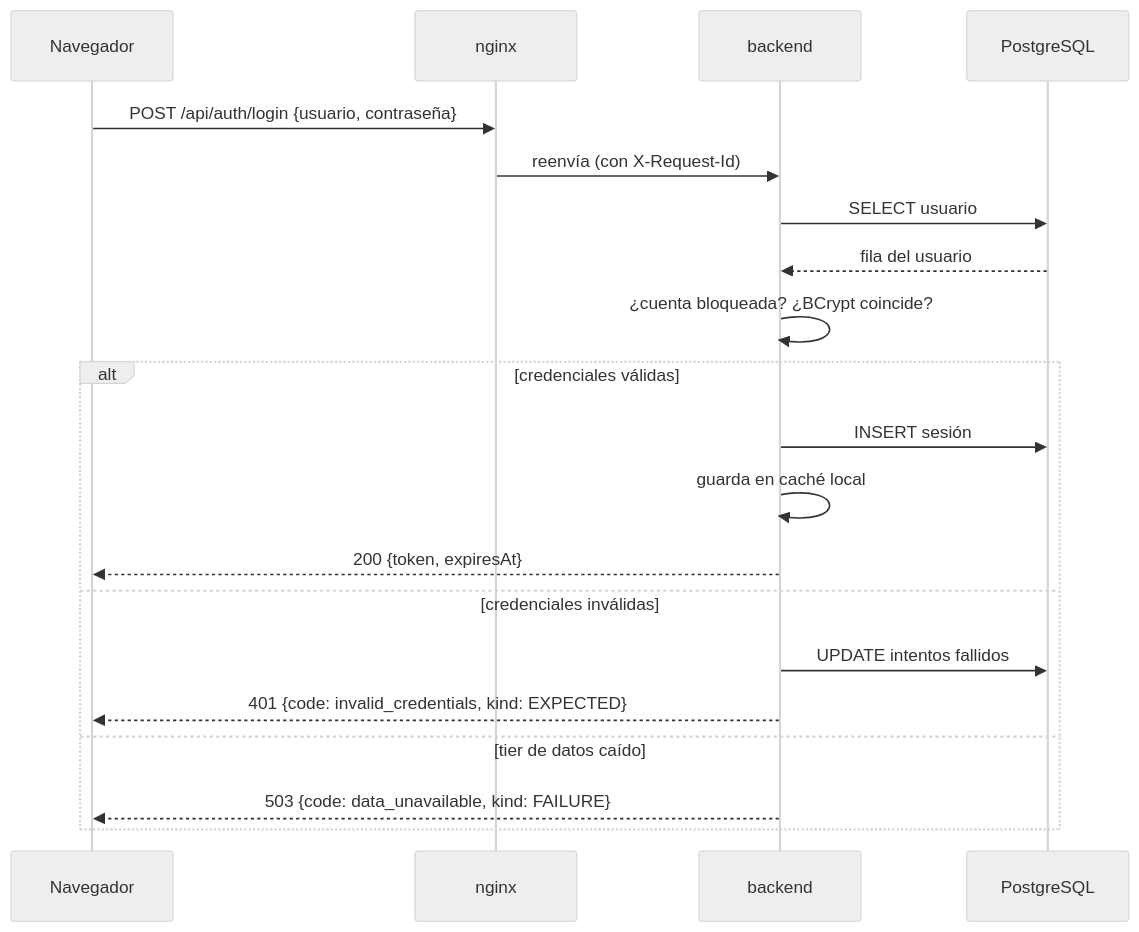
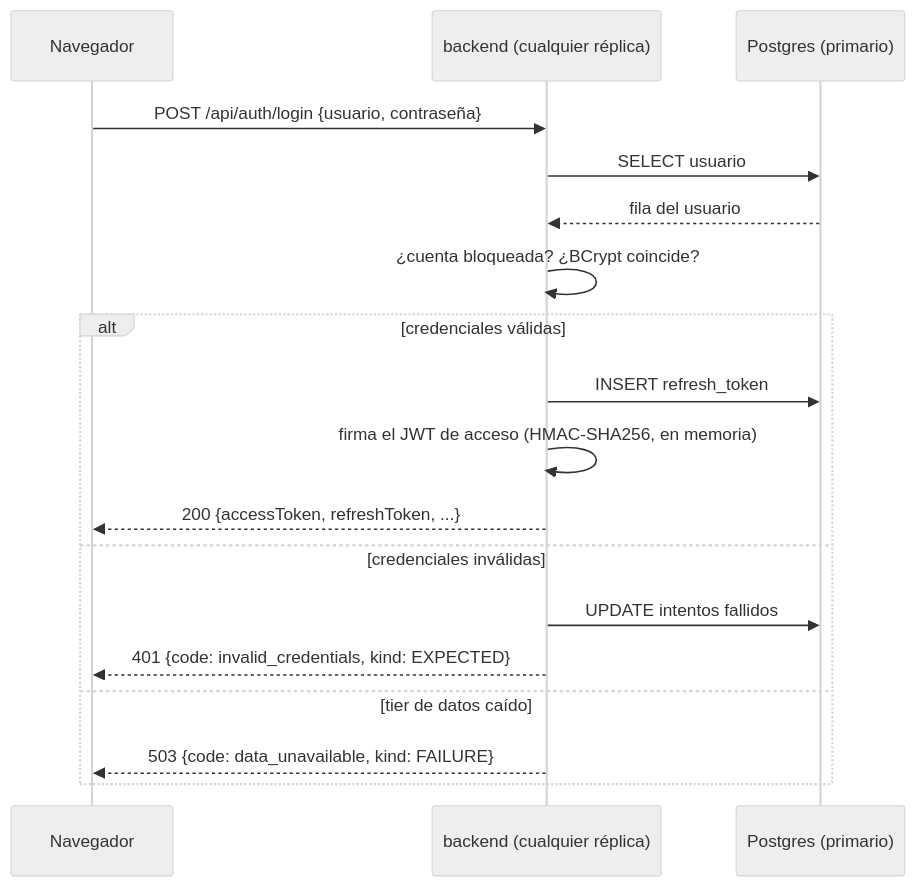
The fifth of 8 diagrams in backend/docs/documentacion-arquitectura.md (andreMD287/Taller1-ArquiSW), drawn with Mermaid (neutral theme) before and after one commit. The commit also changed other lines of this file and 2 other files, not shown here.

````diff
--- a/backend/docs/documentacion-arquitectura.md
+++ b/backend/docs/documentacion-arquitectura.md
@@ -341,23 +425,21 @@
 ```mermaid
 sequenceDiagram
     participant N as Navegador
-    participant X as nginx
-    participant B as backend
-    participant P as PostgreSQL
+    participant B as backend (cualquier réplica)
+    participant P as Postgres (primario)
 
-    N->>X: POST /api/auth/login {usuario, contraseña}
-    X->>B: reenvía (con X-Request-Id)
+    N->>B: POST /api/auth/login {usuario, contraseña}
     B->>P: SELECT usuario
     P-->>B: fila del usuario
     B->>B: ¿cuenta bloqueada? ¿BCrypt coincide?
     alt credenciales válidas
-        B->>P: INSERT sesión
-        B->>B: guarda en caché local
-        B-->>N: 200 {token, expiresAt}
+        B->>P: INSERT refresh_token
+        B->>B: firma el JWT de acceso (HMAC-SHA256, en memoria)
+        B-->>N: 200 {accessToken, refreshToken, ...}
     else credenciales inválidas
         B->>P: UPDATE intentos fallidos
         B-->>N: 401 {code: invalid_credentials, kind: EXPECTED}
     else tier de datos caído
         B-->>N: 503 {code: data_unavailable, kind: FAILURE}
     end
 ```
````
